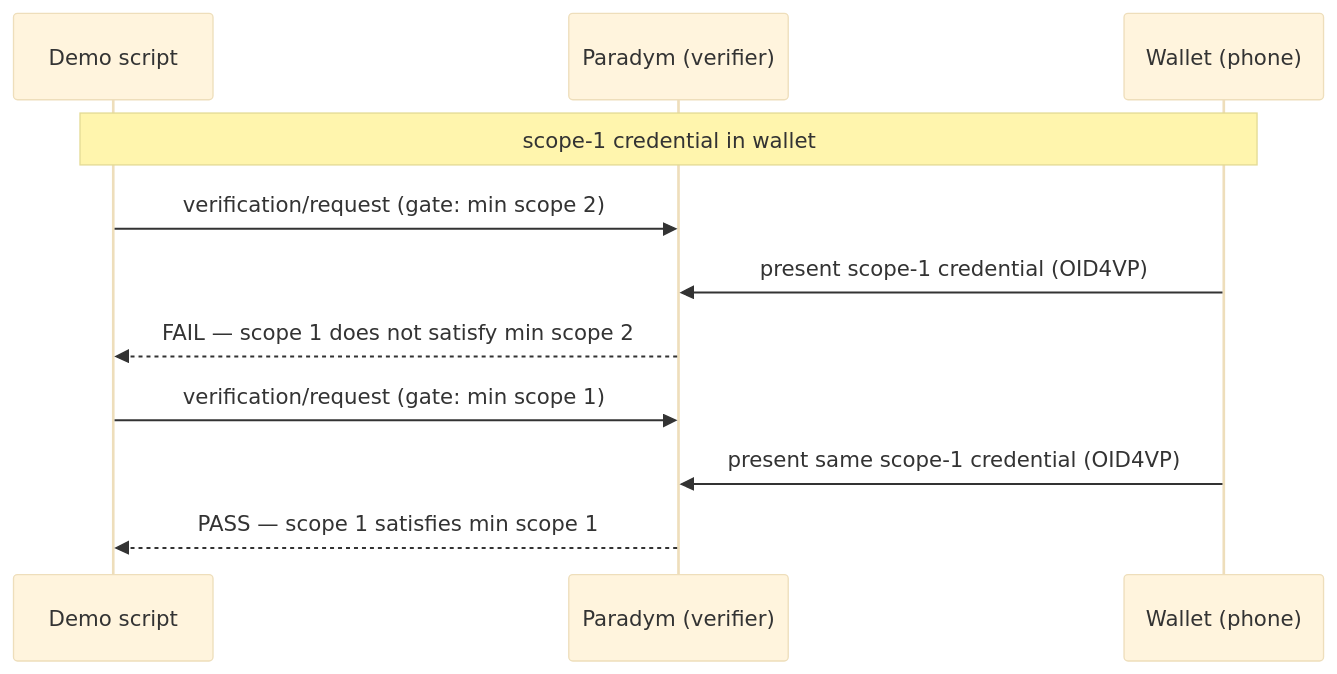
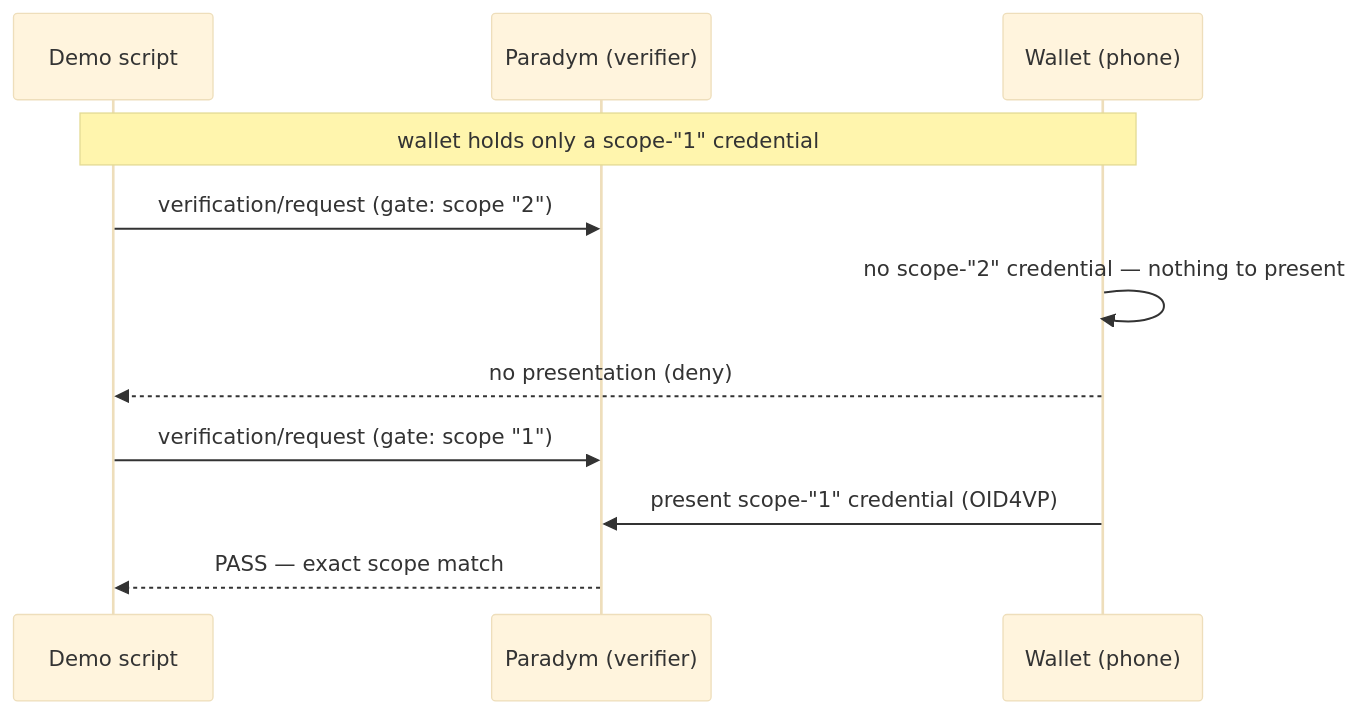
Before and after one commit to Mouazzama-dev/StormCatch-Credential: the fifth of 5 diagrams in README.md, drawn with Mermaid (base theme). The commit also changed other lines of this file, not shown here.

````diff
--- a/README.md
+++ b/README.md
@@ -161,14 +151,14 @@
 ```mermaid
 sequenceDiagram
     participant S as Demo script
     participant P as Paradym (verifier)
     participant W as Wallet (phone)
  
-    Note over S,W: scope-1 credential in wallet
-    S->>P: verification/request (gate: min scope 2)
-    W->>P: present scope-1 credential (OID4VP)
-    P-->>S: FAIL — scope 1 does not satisfy min scope 2
-    S->>P: verification/request (gate: min scope 1)
-    W->>P: present same scope-1 credential (OID4VP)
-    P-->>S: PASS — scope 1 satisfies min scope 1
+    Note over S,W: wallet holds only a scope-"1" credential
+    S->>P: verification/request (gate: scope "2")
+    W->>W: no scope-"2" credential — nothing to present
+    W-->>S: no presentation (deny)
+    S->>P: verification/request (gate: scope "1")
+    W->>P: present scope-"1" credential (OID4VP)
+    P-->>S: PASS — exact scope match
 ```
````
